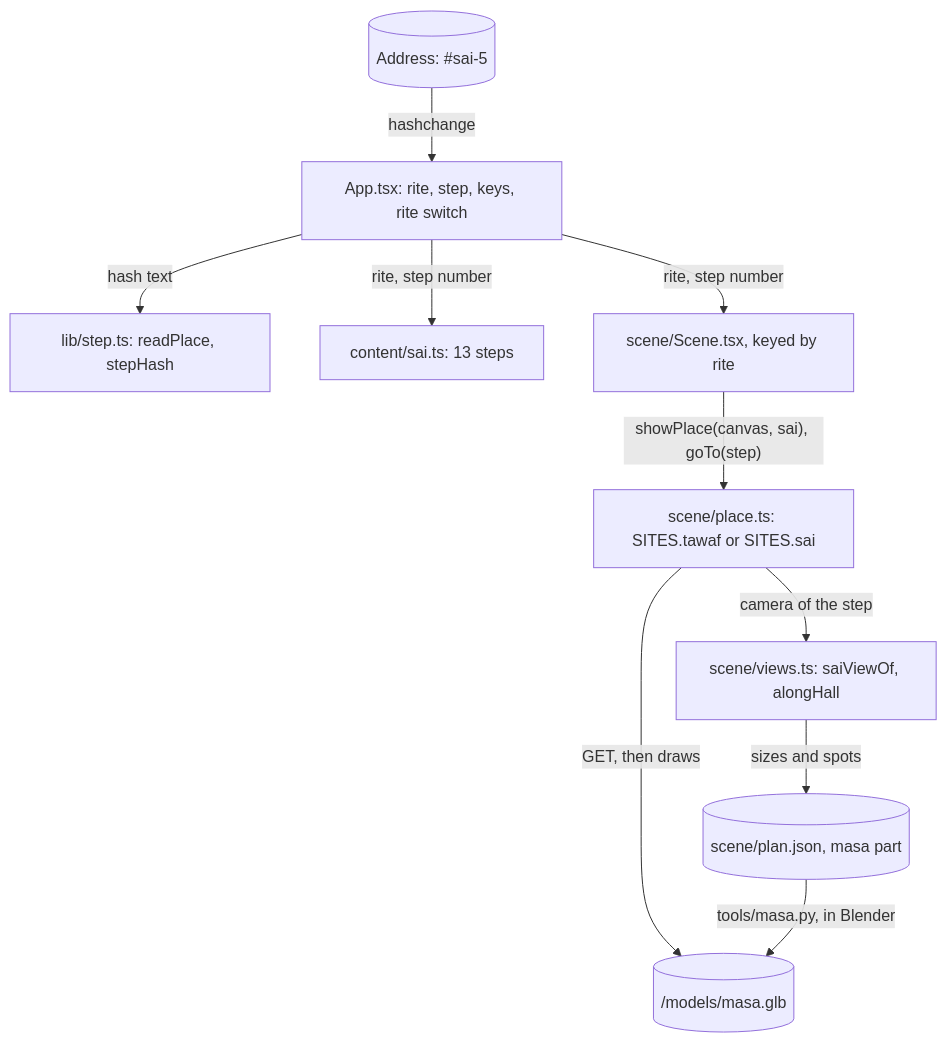
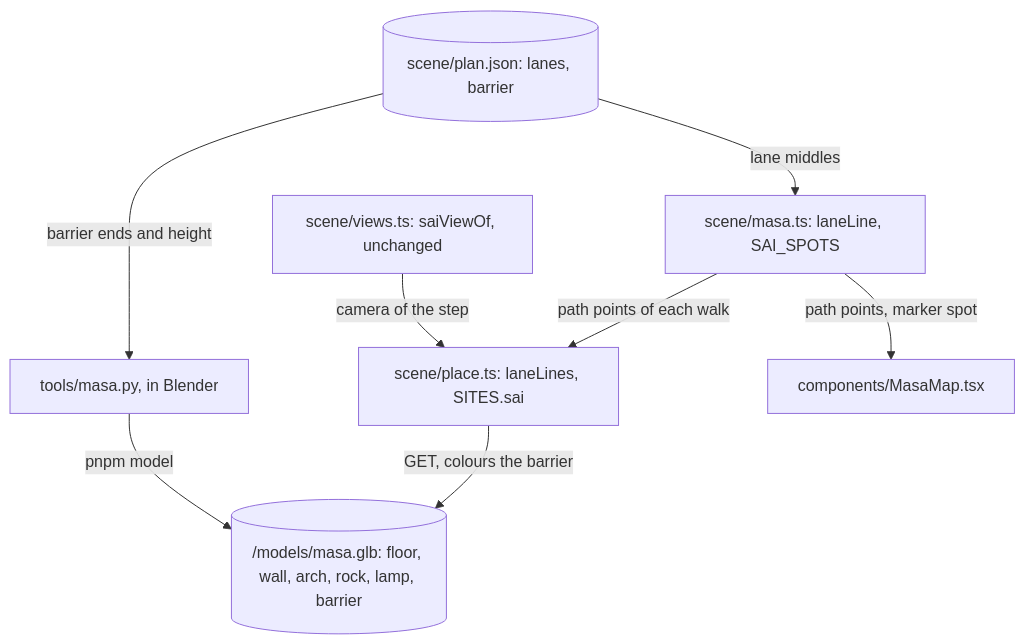
The third of 4 diagrams in docs/specs/sai-walk.md (dzaffren/isfar), drawn with Mermaid before and after one commit. The commit also changed other lines of this file and 21 other files, not shown here.

First line of the commit message:
fix(sai): show the two one-way lanes of the mas'a (#6)

````diff
--- a/docs/specs/sai-walk.md
+++ b/docs/specs/sai-walk.md
@@ -381,21 +196,17 @@
 ```mermaid
 flowchart TB
-    HASH[("Address: #sai-5")]
-    APP["App.tsx: rite, step, keys, rite switch"]
-    STEP["lib/step.ts: readPlace, stepHash"]
-    TEXT["content/sai.ts: 13 steps"]
-    SCENE["scene/Scene.tsx, keyed by rite"]
-    PLACE["scene/place.ts: SITES.tawaf or SITES.sai"]
-    VIEWS["scene/views.ts: saiViewOf, alongHall"]
-    PLAN[("scene/plan.json, masa part")]
-    GLB[("/models/masa.glb")]
-    HASH -- "hashchange" --> APP
-    APP -- "hash text" --> STEP
-    APP -- "rite, step number" --> TEXT
-    APP -- "rite, step number" --> SCENE
-    SCENE -- "showPlace(canvas, sai), goTo(step)" --> PLACE
-    PLACE -- "camera of the step" --> VIEWS
-    VIEWS -- "sizes and spots" --> PLAN
-    PLACE -- "GET, then draws" --> GLB
-    PLAN -- "tools/masa.py, in Blender" --> GLB
+    PLAN[("scene/plan.json: lanes, barrier")]
+    PY["tools/masa.py, in Blender"]
+    GLB[("/models/masa.glb: floor, wall, arch, rock, lamp, barrier")]
+    MASA["scene/masa.ts: laneLine, SAI_SPOTS"]
+    PLACE["scene/place.ts: laneLines, SITES.sai"]
+    MAP["components/MasaMap.tsx"]
+    VIEWS["scene/views.ts: saiViewOf, unchanged"]
+    PLAN -- "barrier ends and height" --> PY
+    PY -- "pnpm model" --> GLB
+    PLAN -- "lane middles" --> MASA
+    MASA -- "path points of each walk" --> PLACE
+    MASA -- "path points, marker spot" --> MAP
+    PLACE -- "GET, colours the barrier" --> GLB
+    VIEWS -- "camera of the step" --> PLACE
 ```
````
